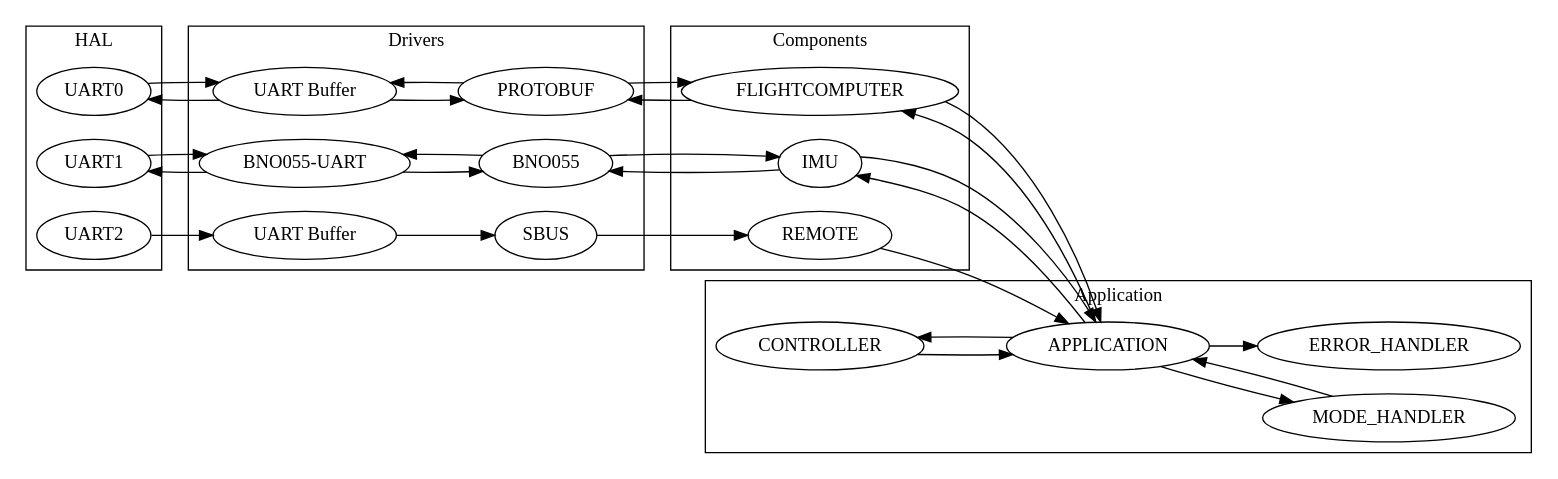
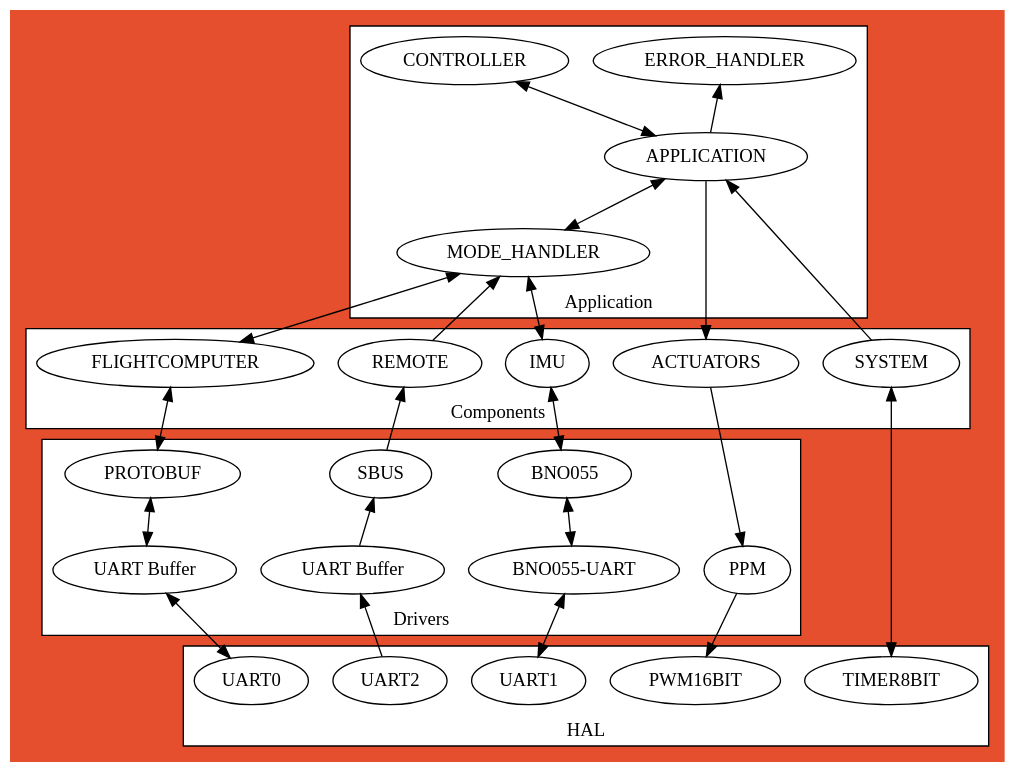
One commit to ToolboxPlane/Design changed the diagram in chapters/02_requirements/04_fcs.dot. Above: the diagram before and after it, drawn with Graphviz. The commit also changed 15 other files, not shown here.

```diff
--- a/chapters/02_requirements/04_fcs.dot
+++ b/chapters/02_requirements/04_fcs.dot
@@ -1,70 +1,70 @@
 digraph {
-    rankdir = "LR";
+    rankdir = "BT";
+    bgcolor = "#E64F2D";
 
     subgraph clusterHAL {
+        bgcolor="white";
         label="HAL"
         UART0;
         UART1;
         UART2;
+        PWM16BIT;
+        TIMER8BIT;
     }
 
     subgraph clusterDrivers {
+        bgcolor="white";
         label="Drivers"
         BNO055UART [label = "BNO055-UART";];
         BNO055;
         UART_RX_BUFFER0 [label="UART Buffer"]
         UART_RX_BUFFER2 [label="UART Buffer"]
 
-        BNO055 ->BNO055UART;
-        BNO055UART -> BNO055;
+        BNO055UART ->BNO055 [dir = "both"];
         
         UART_RX_BUFFER2 -> SBUS;
-        UART_RX_BUFFER0 -> PROTOBUF;
-        PROTOBUF -> UART_RX_BUFFER0;
+        UART_RX_BUFFER0 -> PROTOBUF [dir = "both"];
+        PPM;
     }
 
     subgraph clusterComponents {
+        bgcolor="white";
         label="Components"
         IMU;    
         REMOTE;
         FLIGHTCOMPUTER;
+        ACTUATORS;
+        SYSTEM;
     }
 
     subgraph clusterApplication {
+        bgcolor="white";
         label="Application"
+        APPLICATION;
         CONTROLLER;
-        APPLICATION;
         MODE_HANDLER;
         ERROR_HANDLER;
     }
 
-    UART1 -> BNO055UART;
-    BNO055UART -> UART1;
+    UART1 -> BNO055UART [dir = "both" ];
+    UART2 -> UART_RX_BUFFER2;
+    UART0 -> UART_RX_BUFFER0 [dir = "both"];
+    PWM16BIT -> PPM [dir = "back"]
 
-    UART2 -> UART_RX_BUFFER2;
+    BNO055 -> IMU [dir = "both"];
+    SBUS -> REMOTE;
+    PROTOBUF -> FLIGHTCOMPUTER [ dir = "both" ];
+    PPM -> ACTUATORS [ dir="back" ];
+    TIMER8BIT -> SYSTEM [ dir="both" ];
 
-    UART0 -> UART_RX_BUFFER0;
-    UART_RX_BUFFER0 -> UART0;
+    IMU -> MODE_HANDLER[ dir = "both" ];
+    REMOTE -> MODE_HANDLER;
+    FLIGHTCOMPUTER -> MODE_HANDLER [ dir = "both" ];
 
-    BNO055 -> IMU;
-    IMU -> BNO055;
+    ACTUATORS -> APPLICATION [ dir = "back"]
+    MODE_HANDLER -> APPLICATION [ dir = "both" ];
+    SYSTEM -> APPLICATION;
 
-    SBUS -> REMOTE;
-    PROTOBUF -> FLIGHTCOMPUTER;
-    FLIGHTCOMPUTER -> PROTOBUF;
-
-    IMU -> APPLICATION;
-    APPLICATION -> IMU;
-
-    REMOTE -> APPLICATION;
-
-    FLIGHTCOMPUTER -> APPLICATION;
-    APPLICATION -> FLIGHTCOMPUTER;
-
-    APPLICATION -> CONTROLLER;
-    CONTROLLER -> APPLICATION;
-
-    APPLICATION -> MODE_HANDLER;
-    MODE_HANDLER -> APPLICATION;
+    APPLICATION -> CONTROLLER [ dir = "both" ];
     APPLICATION -> ERROR_HANDLER;
 }
```
